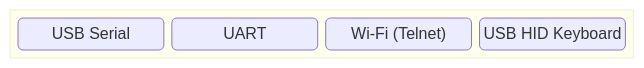
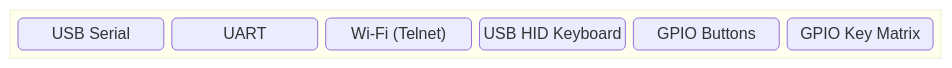
Before and after one commit to ypsitau/pico-jxglib: the first of 2 diagrams in docs/shell/index.md, drawn with Mermaid. The commit also changed other lines of this file and 6 other files, not shown here.

````diff
--- a/docs/shell/index.md
+++ b/docs/shell/index.md
@@ -9,10 +9,12 @@
 ```mermaid
 block
 columns 1
   block:Input
     A("USB Serial")
     B("UART")
     C("Wi-Fi (Telnet)")
     D("USB HID Keyboard")
+    E("GPIO Buttons")
+    F("GPIO Key Matrix")
   end
 ```
````
